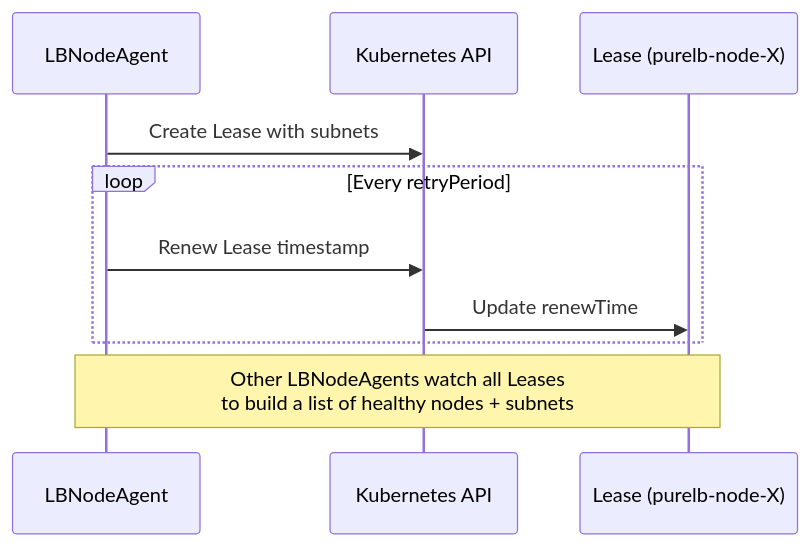
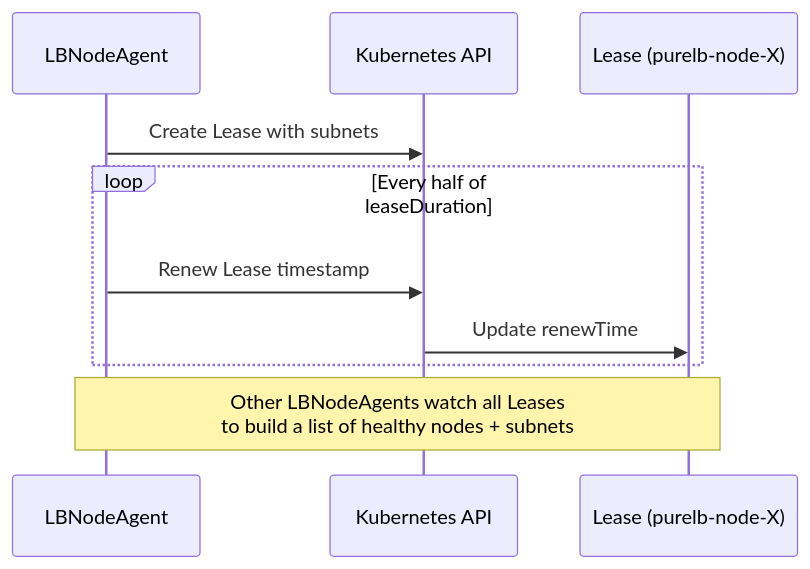
One commit to purelb/purelb changed the diagram in website/content/docs/overview/election/_index.md. Above: the diagram before and after it, drawn with Mermaid. The commit also changed other lines of this file and 3 other files, not shown here.

First line of the commit message:
docs: the election renews every half lease; renewDeadline and retryPeriod are unused

```diff
--- a/website/content/docs/overview/election/_index.md
+++ b/website/content/docs/overview/election/_index.md
@@ -19,13 +19,13 @@
 {{< mermaid >}}
 sequenceDiagram
     participant N as LBNodeAgent
     participant K as Kubernetes API
     participant L as Lease (purelb-node-X)
 
     N->>K: Create Lease with subnets
-    loop Every retryPeriod
+    loop Every half of leaseDuration
         N->>K: Renew Lease timestamp
         K->>L: Update renewTime
     end
     Note over N,L: Other LBNodeAgents watch all Leases<br/>to build a list of healthy nodes + subnets
 {{< /mermaid >}}
```
